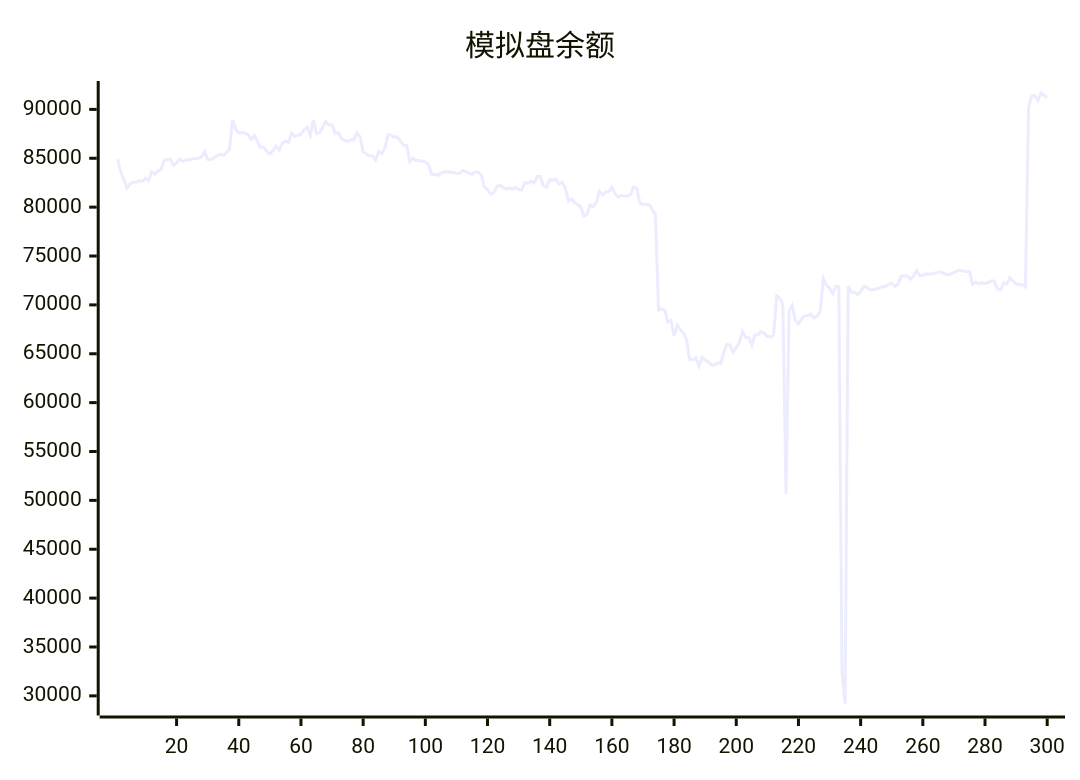
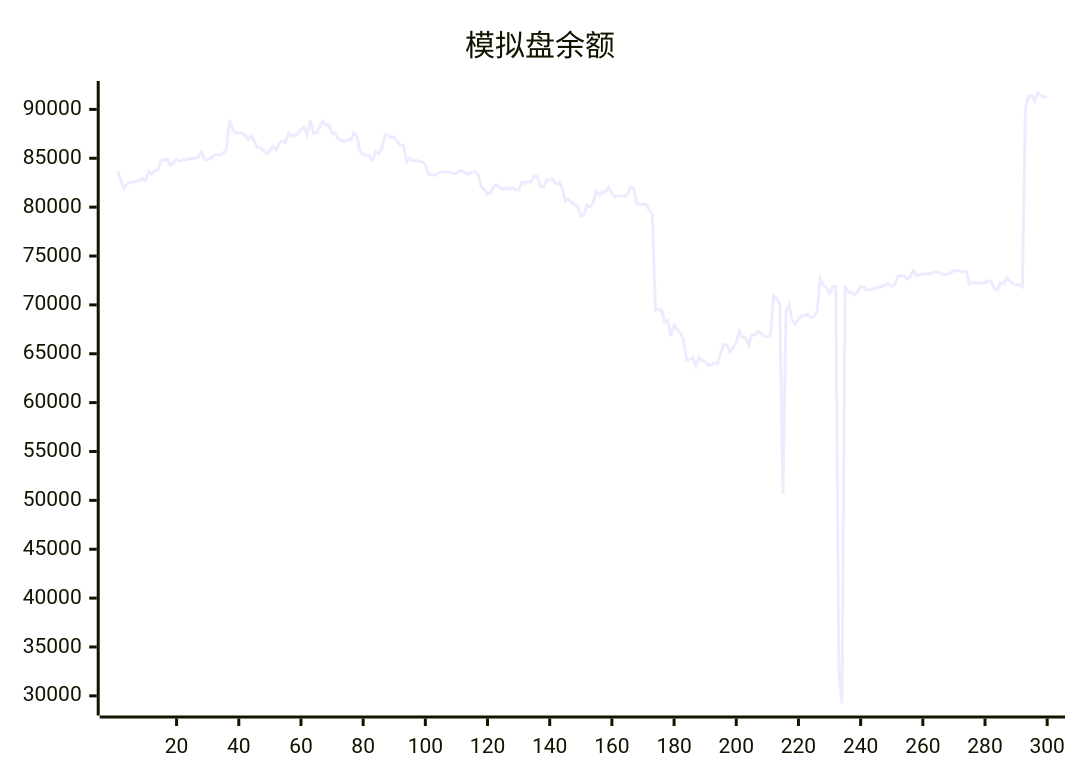
One commit to aahl/ai-trading changed the diagram in README.md. Above: the diagram before and after it, drawn with Mermaid. The commit also changed other lines of this file and 1 other file, not shown here.

````diff
--- a/README.md
+++ b/README.md
@@ -5,5 +5,5 @@
 ```mermaid
 xychart
     title "模拟盘余额"
-    line [84922,83667,82850,81924,82369,82552,82539,82695,82648,82962,82728,83619,83378,83710,83825,84819,84854,84917,84265,84527,84919,84668,84834,84850,84916,84981,85004,85131,85674,84891,84864,85019,85284,85393,85294,85538,85894,88904,88012,87567,87625,87568,87386,86920,87313,86737,86094,86143,85725,85437,85787,86219,85859,86526,86740,86630,87563,87264,87335,87483,87886,88180,87335,88894,87544,87608,88207,88755,88401,88444,87543,87608,87000,86810,86740,86894,86884,87576,87209,85686,85435,85251,85255,84820,85689,85453,86066,87420,87373,87161,87178,86740,86341,86315,84643,85012,84772,84768,84690,84635,84376,83360,83357,83259,83474,83608,83606,83602,83548,83440,83454,83724,83644,83464,83365,83590,83592,83275,82072,81806,81344,81492,82109,82254,82006,81848,81955,81829,82022,81769,81776,82522,82441,82656,82498,83144,83144,82150,82038,82797,82763,82872,82367,82536,81981,80612,80862,80484,80242,80034,79063,79245,80226,80016,80507,81625,81233,81544,81578,82016,81401,81019,81186,81130,81118,81306,82066,81909,80392,80304,80291,80258,79729,79261,69466,69579,69456,68251,68415,66832,67911,67462,67144,66432,64380,64375,64606,63740,64647,64324,64216,63842,63877,64078,64008,65156,65945,65888,65157,65625,66144,67284,66653,66639,65924,66925,66956,67263,67108,66766,66729,66886,70927,70673,70049,50652,69334,69973,68400,68061,68578,68876,68879,69055,68662,68822,69329,72687,71999,71760,71162,71911,71896,32500,29218,71927,71297,71305,71044,71337,71883,71822,71536,71536,71622,71723,71880,71860,72100,72216,71887,72077,72940,72976,72966,72638,72948,73497,73004,73041,73173,73160,73186,73258,73375,73351,73173,73098,73161,73305,73474,73536,73457,73413,73412,72100,72333,72164,72272,72204,72285,72461,72421,71652,71521,72267,72157,72774,72424,72144,72060,72091,71858,90185,91338,91466,90900,91678,91404,91268]
+    line [83667,82850,81924,82369,82552,82539,82695,82648,82962,82728,83619,83378,83710,83825,84819,84854,84917,84265,84527,84919,84668,84834,84850,84916,84981,85004,85131,85674,84891,84864,85019,85284,85393,85294,85538,85894,88904,88012,87567,87625,87568,87386,86920,87313,86737,86094,86143,85725,85437,85787,86219,85859,86526,86740,86630,87563,87264,87335,87483,87886,88180,87335,88894,87544,87608,88207,88755,88401,88444,87543,87608,87000,86810,86740,86894,86884,87576,87209,85686,85435,85251,85255,84820,85689,85453,86066,87420,87373,87161,87178,86740,86341,86315,84643,85012,84772,84768,84690,84635,84376,83360,83357,83259,83474,83608,83606,83602,83548,83440,83454,83724,83644,83464,83365,83590,83592,83275,82072,81806,81344,81492,82109,82254,82006,81848,81955,81829,82022,81769,81776,82522,82441,82656,82498,83144,83144,82150,82038,82797,82763,82872,82367,82536,81981,80612,80862,80484,80242,80034,79063,79245,80226,80016,80507,81625,81233,81544,81578,82016,81401,81019,81186,81130,81118,81306,82066,81909,80392,80304,80291,80258,79729,79261,69466,69579,69456,68251,68415,66832,67911,67462,67144,66432,64380,64375,64606,63740,64647,64324,64216,63842,63877,64078,64008,65156,65945,65888,65157,65625,66144,67284,66653,66639,65924,66925,66956,67263,67108,66766,66729,66886,70927,70673,70049,50652,69334,69973,68400,68061,68578,68876,68879,69055,68662,68822,69329,72687,71999,71760,71162,71911,71896,32500,29218,71927,71297,71305,71044,71337,71883,71822,71536,71536,71622,71723,71880,71860,72100,72216,71887,72077,72940,72976,72966,72638,72948,73497,73004,73041,73173,73160,73186,73258,73375,73351,73173,73098,73161,73305,73474,73536,73457,73413,73412,72100,72333,72164,72272,72204,72285,72461,72421,71652,71521,72267,72157,72774,72424,72144,72060,72091,71858,90185,91338,91466,90900,91678,91404,91268,91244]
 ```
````
